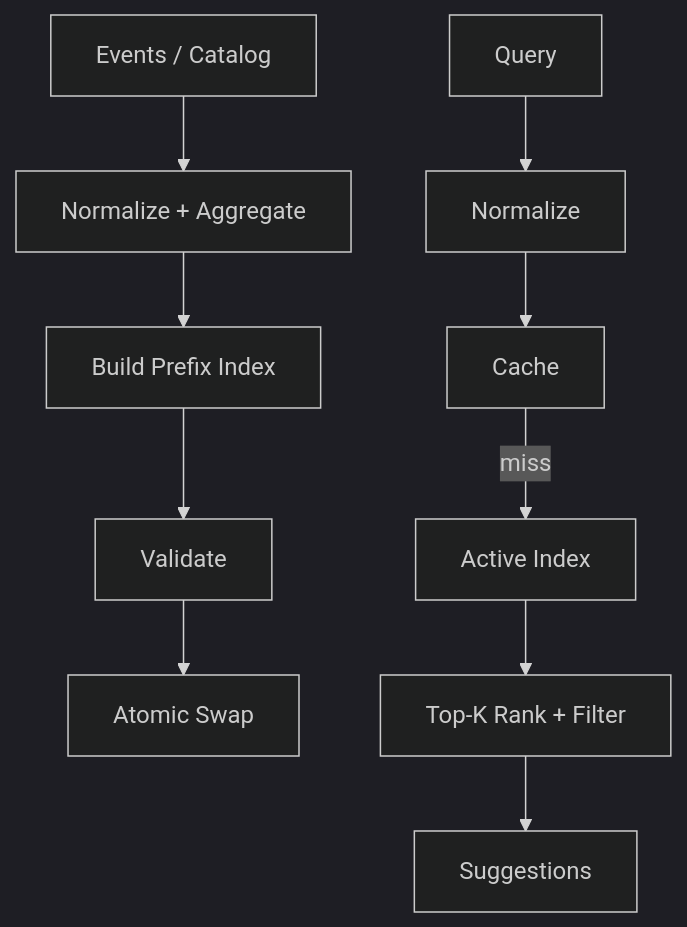
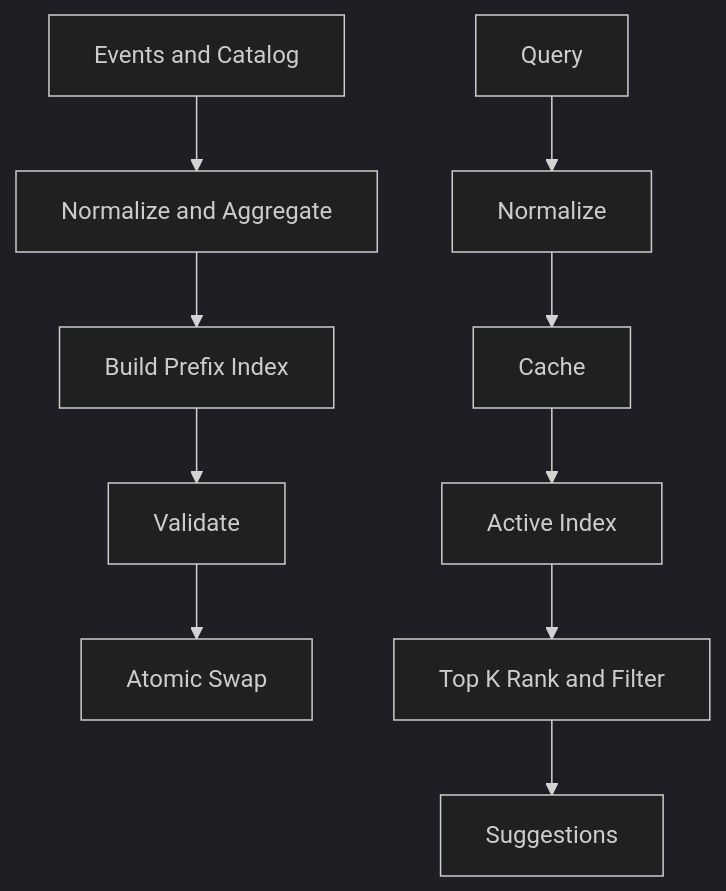
The first of 3 diagrams in system_designs/search-autocomplete/visual_explainer.md (luckyhegde6/HLD_patterns), drawn with Mermaid (dark theme) before and after one commit. The commit also changed other lines of this file, not shown here.

````diff
--- a/system_designs/search-autocomplete/visual_explainer.md
+++ b/system_designs/search-autocomplete/visual_explainer.md
@@ -3,12 +5,12 @@
 ```mermaid
 flowchart TD
- E[Events / Catalog] --> N[Normalize + Aggregate]
+ E[Events and Catalog] --> N[Normalize and Aggregate]
  N --> B[Build Prefix Index]
  B --> V[Validate]
  V --> S[Atomic Swap]
- Q[Query] --> C[Normalize]
+ QRY[Query] --> C[Normalize]
  C --> K[Cache]
- K -->|miss| I[Active Index]
- I --> R[Top-K Rank + Filter]
+ K --> IDX[Active Index]
+ IDX --> R[Top K Rank and Filter]
  R --> O[Suggestions]
 ```
````
